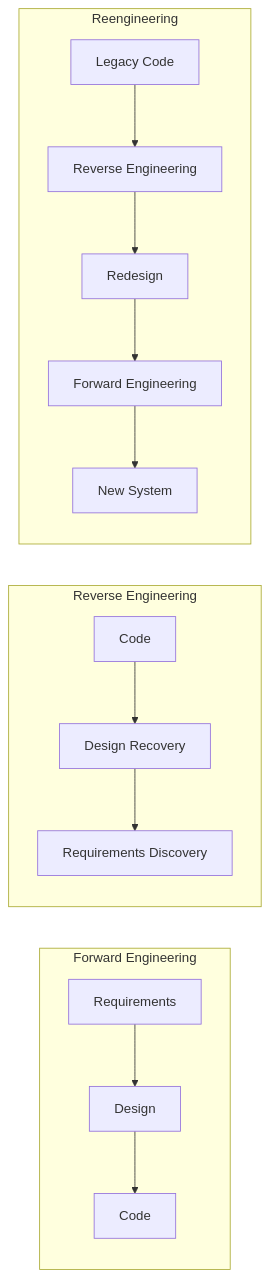
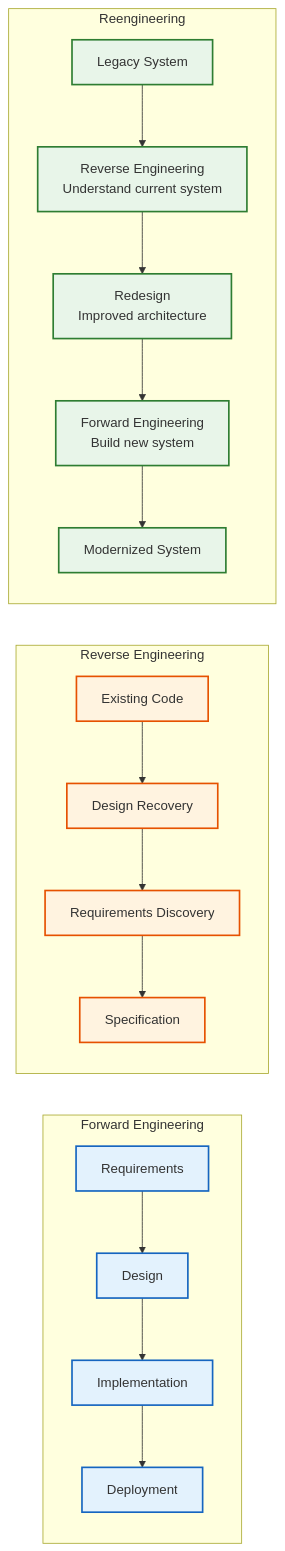
One commit to Raushan666java/ai-engineering-journey changed the second of 5 diagrams in docs/courses/software-engineering/07-software-evolution.md. Above: the diagram before and after it, drawn with Mermaid. The commit also changed other lines of this file and 15 other files, not shown here.

Commit message:
deploy: software-engineering overhaul - 16 chapters expanded to avg 1284L (+7649L), richer Mermaid, more TS, deeper content

````diff
--- a/docs/courses/software-engineering/07-software-evolution.md
+++ b/docs/courses/software-engineering/07-software-evolution.md
@@ -62,17 +116,25 @@
 ```mermaid
 graph LR
+    classDef forward fill:#e3f2fd,stroke:#1565c0,stroke-width:2px
+    classDef reverse fill:#fff3e0,stroke:#e65100,stroke-width:2px
+    classDef reeng fill:#e8f5e9,stroke:#2e7d32,stroke-width:2px
+
     subgraph "Forward Engineering"
-        REQ[Requirements] --> DES[Design]
-        DES --> CODE[Code]
+        REQ[Requirements]:::forward --> DES[Design]:::forward
+        DES --> CODE[Implementation]:::forward
+        CODE --> DEPLOY[Deployment]:::forward
     end
+
     subgraph "Reverse Engineering"
-        CODE2[Code] --> DES2[Design Recovery]
-        DES2 --> REQ2[Requirements Discovery]
+        CODE2[Existing Code]:::reverse --> DES2[Design Recovery]:::reverse
+        DES2 --> REQ2[Requirements Discovery]:::reverse
+        REQ2 --> SPEC[Specification]:::reverse
     end
+
     subgraph "Reengineering"
-        CODE3[Legacy Code] --> REV[Reverse Engineering]
-        REV --> REDES[Redesign]
-        REDES --> FWD[Forward Engineering]
-        FWD --> NEW[New System]
+        LEGACY[Legacy System]:::reeng --> REV[Reverse Engineering<br>Understand current system]:::reeng
+        REV --> REDES[Redesign<br>Improved architecture]:::reeng
+        REDES --> FWD[Forward Engineering<br>Build new system]:::reeng
+        FWD --> NEW[Modernized System]:::reeng
     end
 ```
````
